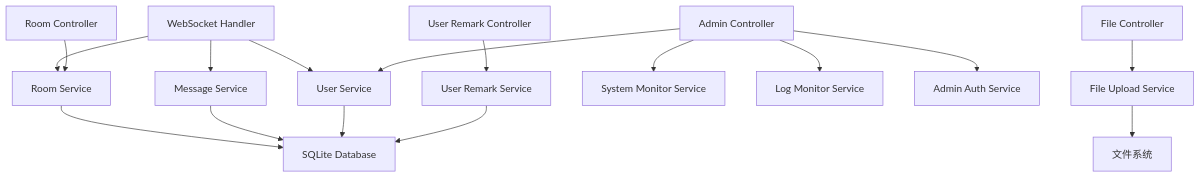
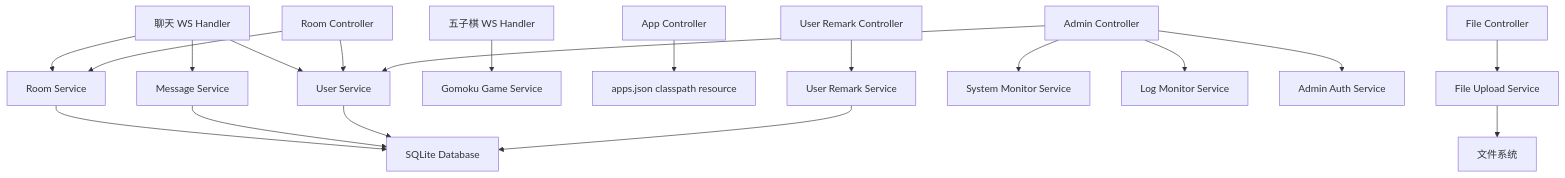
One commit to HaoDuoYv/websocket_chat changed the second of 4 diagrams in Technical_Architecture.md. Above: the diagram before and after it, drawn with Mermaid. The commit also changed other lines of this file and 7 other files, not shown here.

````diff
--- a/Technical_Architecture.md
+++ b/Technical_Architecture.md
@@ -133,18 +177,21 @@
 ```mermaid
 graph TD
-    A[WebSocket Handler] --> B[Room Service]
+    A[聊天 WS Handler] --> B[Room Service]
     A --> C[Message Service]
     A --> D[User Service]
-    E[Room Controller] --> B
-    F[File Controller] --> G[File Upload Service]
-    H[Admin Controller] --> I[System Monitor Service]
-    H --> J[Log Monitor Service]
-    H --> K[Admin Auth Service]
-    H --> D
-    L[User Remark Controller] --> M[User Remark Service]
-    B --> N[SQLite Database]
-    C --> N
-    D --> N
-    M --> N
-    G --> O[文件系统]
+    E[五子棋 WS Handler] --> F[Gomoku Game Service]
+    G[Room Controller] --> B
+    G --> D
+    H[App Controller] --> I[apps.json classpath resource]
+    J[File Controller] --> K[File Upload Service]
+    L[Admin Controller] --> M[System Monitor Service]
+    L --> N[Log Monitor Service]
+    L --> O[Admin Auth Service]
+    L --> D
+    P[User Remark Controller] --> Q[User Remark Service]
+    B --> R[SQLite Database]
+    C --> R
+    D --> R
+    Q --> R
+    K --> S[文件系统]
 ```
````
